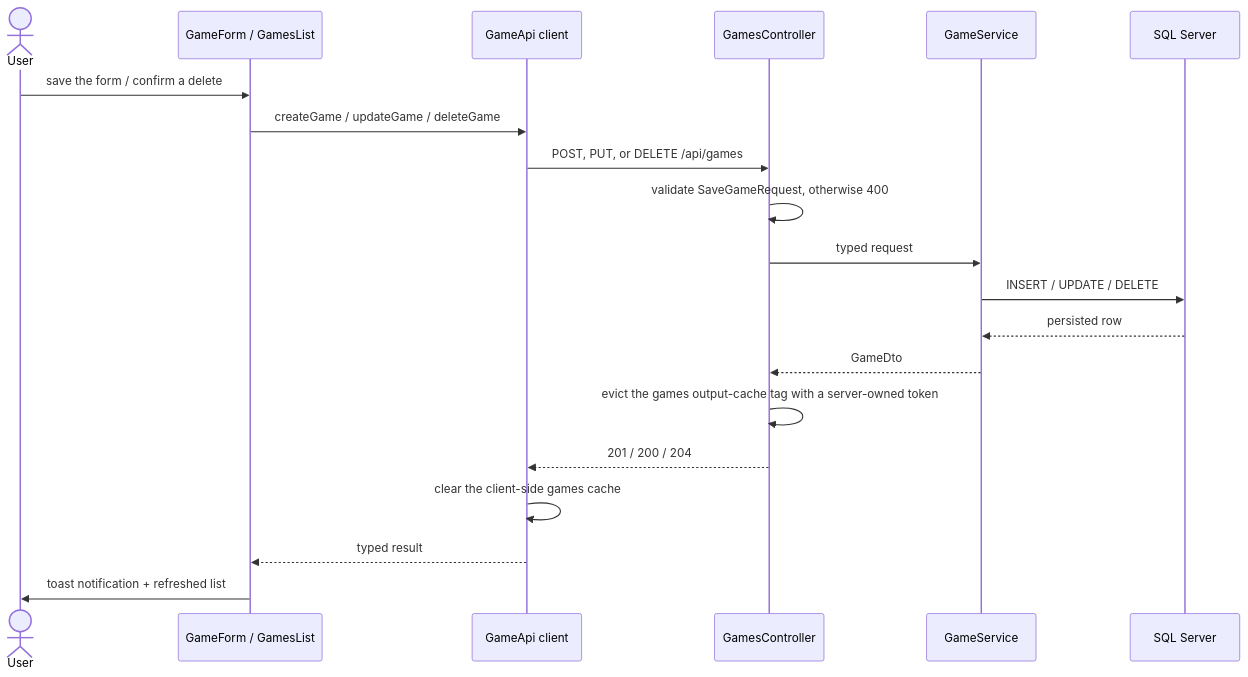
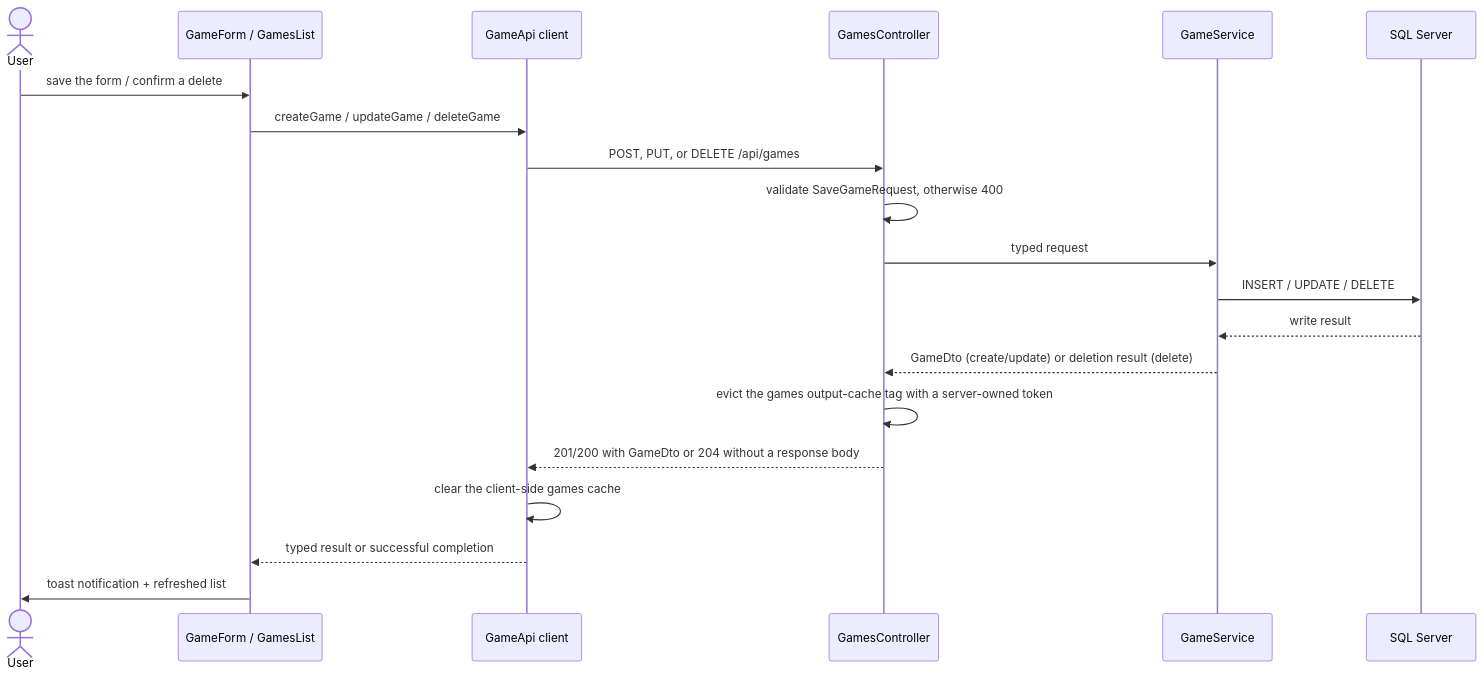
Before and after one commit to ivashchenko999/dlcg: the second of 2 diagrams in README.md, drawn with Mermaid.

Commit message:
docs: clarify write flow responses

````diff
--- a/README.md
+++ b/README.md
@@ -135,23 +135,23 @@
 ```mermaid
 sequenceDiagram
     actor User
     participant Form as GameForm / GamesList
     participant Api as GameApi client
     participant Ctl as GamesController
     participant Svc as GameService
     participant Db as SQL Server
 
     User->>Form: save the form / confirm a delete
     Form->>Api: createGame / updateGame / deleteGame
     Api->>Ctl: POST, PUT, or DELETE /api/games
     Ctl->>Ctl: validate SaveGameRequest, otherwise 400
     Ctl->>Svc: typed request
     Svc->>Db: INSERT / UPDATE / DELETE
-    Db-->>Svc: persisted row
-    Svc-->>Ctl: GameDto
+    Db-->>Svc: write result
+    Svc-->>Ctl: GameDto (create/update) or deletion result (delete)
     Ctl->>Ctl: evict the games output-cache tag with a server-owned token
-    Ctl-->>Api: 201 / 200 / 204
+    Ctl-->>Api: 201/200 with GameDto or 204 without a response body
     Api->>Api: clear the client-side games cache
-    Api-->>Form: typed result
+    Api-->>Form: typed result or successful completion
     Form->>User: toast notification + refreshed list
 ```
````
